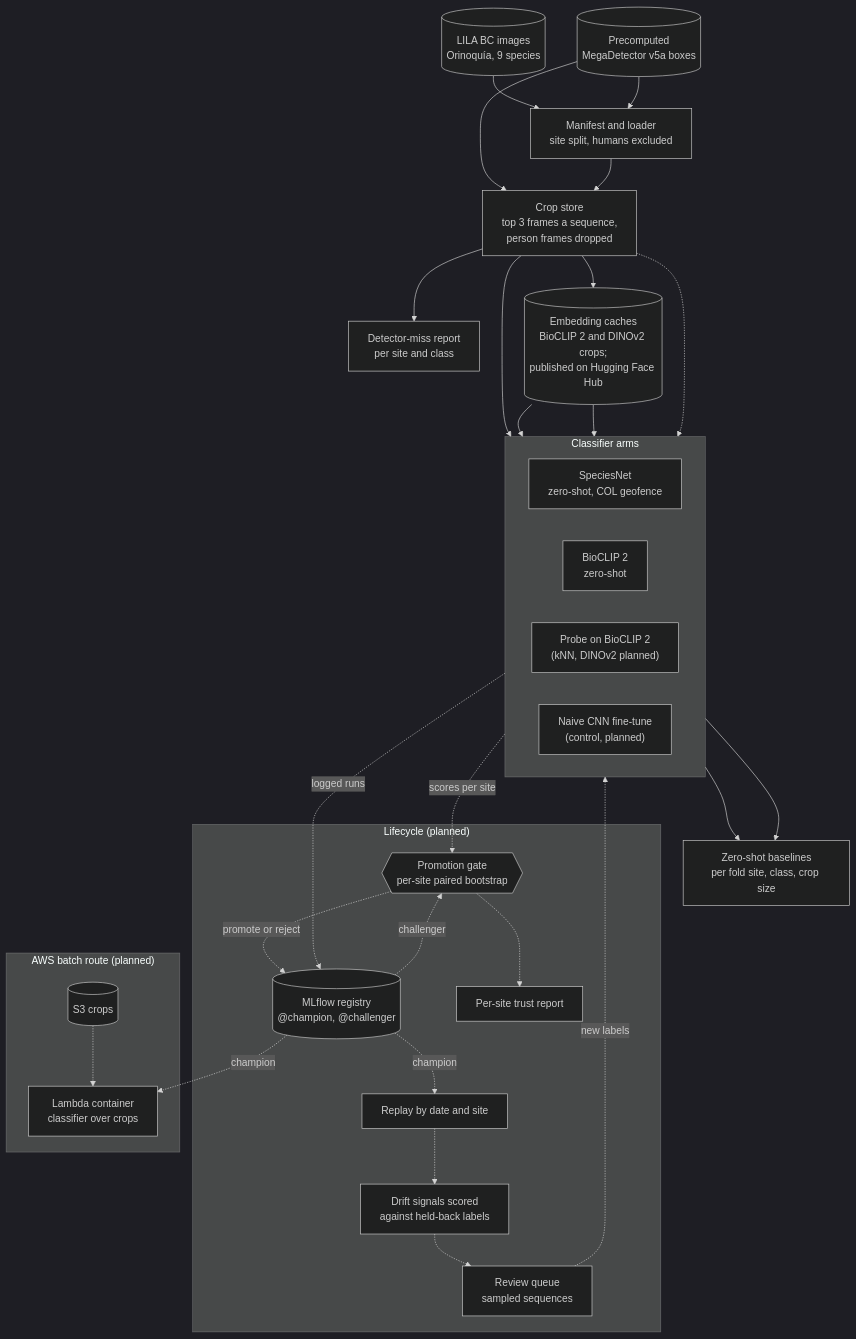
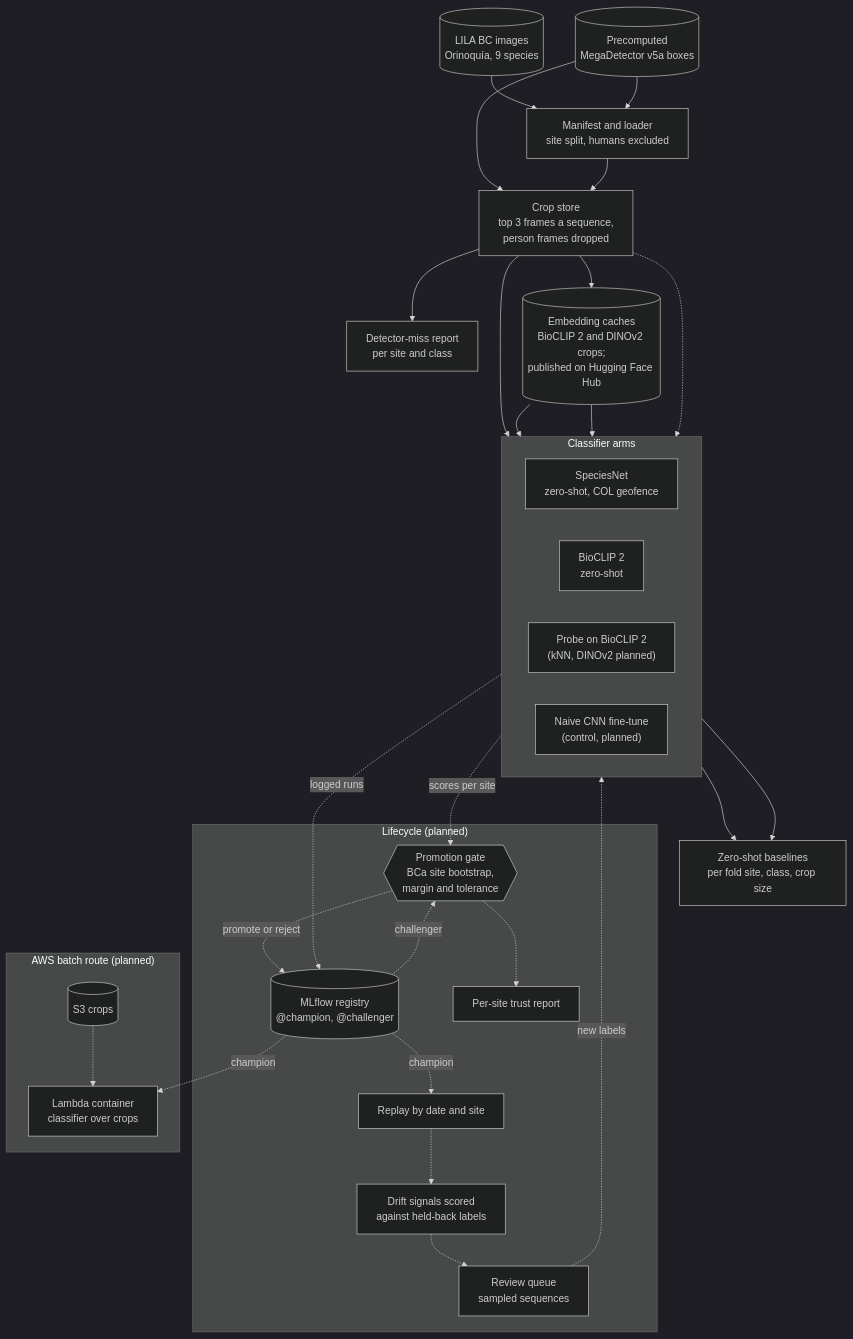
The diagram in README.md (benmacp123/camera-trap-mlops), drawn with Mermaid (dark theme) before and after one commit. The commit also changed other lines of this file and 11 other files, not shown here.

````diff
--- a/README.md
+++ b/README.md
@@ -82,48 +104,49 @@
 ```mermaid
 flowchart TB
     lila[("LILA BC images<br>Orinoquía, 9 species")] --> manifest["Manifest and loader<br>site split, humans excluded"]
     mdv5a[("Precomputed<br>MegaDetector v5a boxes")] --> manifest
     mdv5a --> crops["Crop store<br>top 3 frames a sequence,<br>person frames dropped"]
     manifest --> crops
     crops --> misses["Detector-miss report<br>per site and class"]
     crops --> embeddings[("Embedding caches<br>BioCLIP 2 and DINOv2 crops;<br>published on Hugging Face Hub")]
 
     subgraph arms ["Classifier arms"]
         direction LR
         speciesnet["SpeciesNet<br>zero-shot, COL geofence"]
         bioclip["BioCLIP 2<br>zero-shot"]
         probe["Probe on BioCLIP 2<br>(kNN, DINOv2 planned)"]
         cnn["Naive CNN fine-tune<br>(control, planned)"]
     end
 
     crops --> speciesnet
     embeddings --> bioclip
     embeddings --> probe
     crops -.-> cnn
 
     speciesnet --> baselines["Zero-shot baselines<br>per fold site, class, crop size"]
     bioclip --> baselines
 
+    gate{{"Promotion gate<br>BCa site bootstrap,<br>margin and tolerance"}}
+
     subgraph lifecycle ["Lifecycle (planned)"]
         mlflow[("MLflow registry<br>@champion, @challenger")]
-        gate{{"Promotion gate<br>per-site paired bootstrap"}}
         report["Per-site trust report"]
         replay["Replay by date and site"]
         drift["Drift signals scored<br>against held-back labels"]
         review["Review queue<br>sampled sequences"]
         mlflow -. "challenger" .-> gate
         gate -. "promote or reject" .-> mlflow
         gate -.-> report
         mlflow -. "champion" .-> replay -.-> drift -.-> review
     end
 
     arms -. "scores per site" .-> gate
     arms -. "logged runs" .-> mlflow
     review -. "new labels" .-> arms
 
     subgraph aws ["AWS batch route (planned)"]
         s3[("S3 crops")] -.-> lambda["Lambda container<br>classifier over crops"]
     end
 
     mlflow -. "champion" .-> lambda
 ```
````
